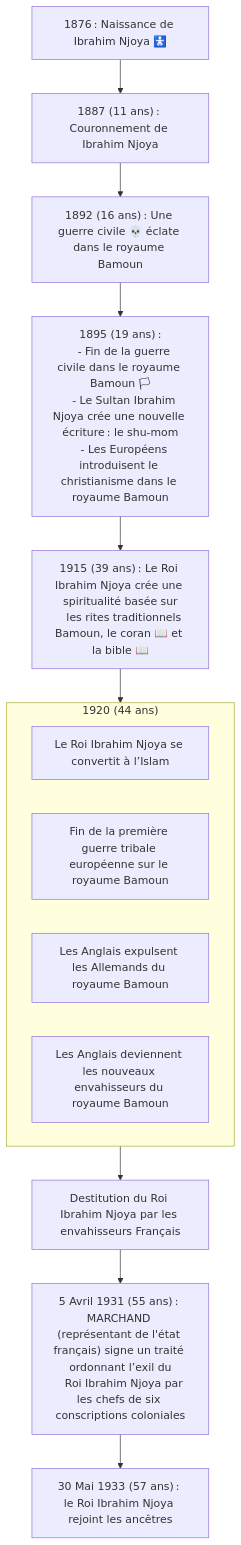
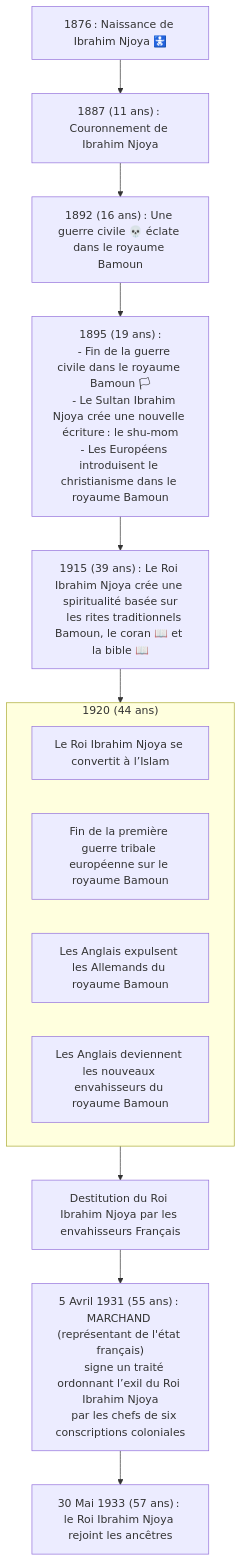
The diagram in encyclopedie/ibrahim-njoya.md (ba-moun/Ba-Moun-Save), drawn with Mermaid before and after one commit. The commit also changed other lines of this file, not shown here.

Commit message:
docs: update encyclopedie/ibrahim-njoya

````diff
--- a/encyclopedie/ibrahim-njoya.md
+++ b/encyclopedie/ibrahim-njoya.md
@@ -27,36 +21,37 @@
 ```mermaid
 flowchart TB
 
    birth["1876 : Naissance de Ibrahim Njoya 🚼"]
    
    coronation["1887 (11 ans) : Couronnement de Ibrahim Njoya"]
 
    civilWarBegining["1892 (16 ans) : Une guerre civile 💀 éclate dans le royaume Bamoun"]
 
    civilWarShuMomChristianity["1895 (19 ans) :
    - Fin de la guerre civile dans le royaume Bamoun 🏳
    - Le Sultan Ibrahim Njoya crée une nouvelle écriture : le shu-mom
    - Les Européens introduisent le christianisme dans le royaume Bamoun"]
 
    spirituality["1915 (39 ans) : Le Roi Ibrahim Njoya crée une spiritualité basée sur
    les rites traditionnels Bamoun, le coran 📖 et la bible 📖"]
 
    subgraph misc["1920 (44 ans)"]
 
      conversion["Le Roi Ibrahim Njoya se convertit à l’Islam"]
      firstEuTribalWarEnd["Fin de la première guerre tribale européenne sur le royaume Bamoun"]
      dutchEviction["Les Anglais expulsent les Allemands du royaume Bamoun"]
      englishInvasion["Les Anglais deviennent les nouveaux envahisseurs du royaume Bamoun"]
 
         end
         
    careOrder["Destitution du Roi Ibrahim Njoya par les envahisseurs Français"]
         
-   treaty["5 Avril 1931 (55 ans) : MARCHAND (représentant de l'état français) signe un traité ordonnant l’exil du
-   Roi Ibrahim Njoya par les chefs de six conscriptions coloniales"]
+   treaty["5 Avril 1931 (55 ans) : MARCHAND (représentant de l'état français)
+   signe un traité ordonnant l’exil du Roi Ibrahim Njoya
+   par les chefs de six conscriptions coloniales"]
    
    death["30 Mai 1933 (57 ans) : le Roi Ibrahim Njoya rejoint les ancêtres"]
    
    birth --> coronation --> civilWarBegining --> civilWarShuMomChristianity --> spirituality --> misc --> careOrder --> treaty --> death
    
 ```
````
